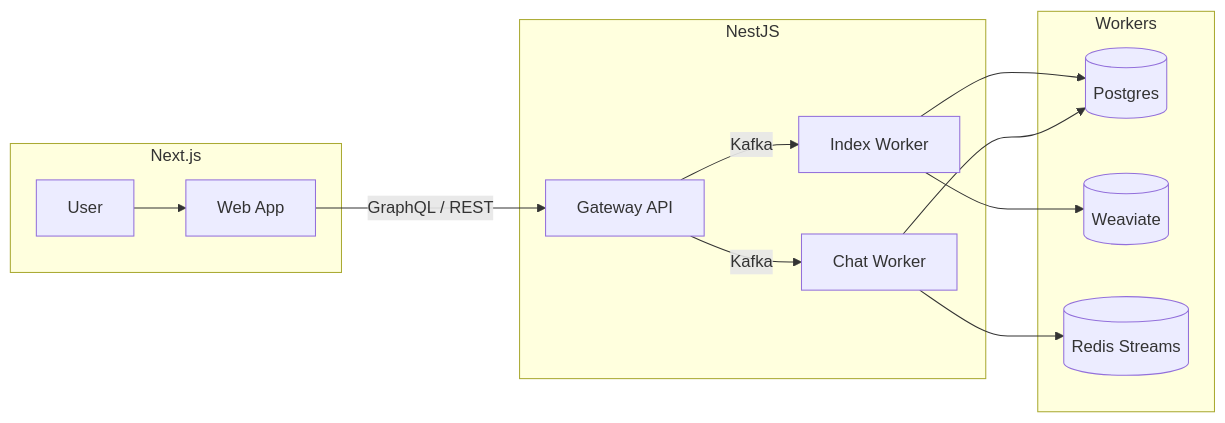
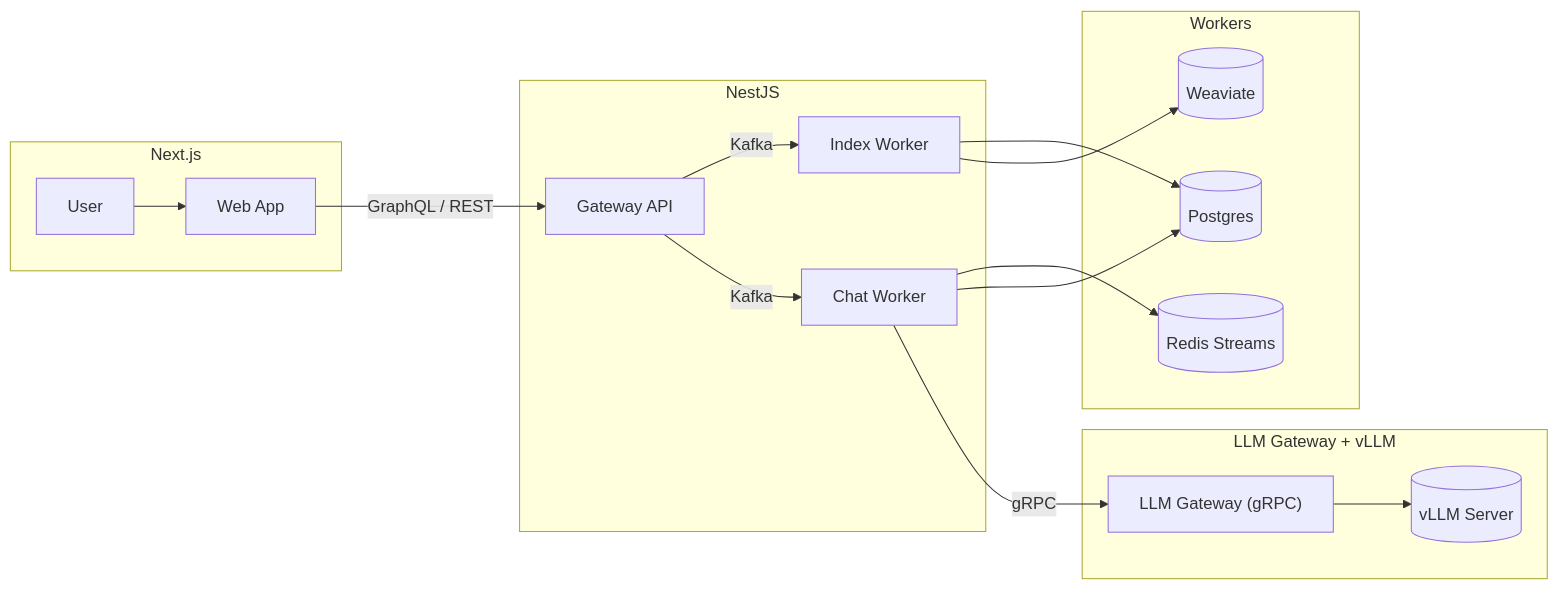
One commit to yungtweek/tweek.ninja-talkie changed the first of 3 diagrams in README.md. Above: the diagram before and after it, drawn with Mermaid. The commit also changed other lines of this file and 1 other file, not shown here.

Commit message:
docs: refine LLM Gateway docs & update architecture

````diff
--- a/README.md
+++ b/README.md
@@ -11,19 +24,25 @@
 ```mermaid
-    graph LR
-      subgraph Web [Next.js]
-        U[User] --> FE[Web App]
-      end
-    
-      subgraph Gateway [NestJS]
-        FE -->|GraphQL / REST| GW[Gateway API]
-        GW -->|Kafka| WK1[Index Worker]
-        GW -->|Kafka| WK2[Chat Worker]
-      end
-    
-      subgraph Workers
-        WK1 --> PG[(Postgres)]
-        WK1 --> WV[(Weaviate)]
-        WK2 --> RD[(Redis Streams)]
-        WK2 --> PG
-      end
+graph LR
+  subgraph Web [Next.js]
+    U[User] --> FE[Web App]
+  end
+
+  subgraph Gateway [NestJS]
+    FE -->|GraphQL / REST| GW[Gateway API]
+    GW -->|Kafka| WK1[Index Worker]
+    GW -->|Kafka| WK2[Chat Worker]
+  end
+
+  subgraph Workers
+    WK1 --> PG[(Postgres)]
+    WK1 --> WV[(Weaviate)]
+    WK2 --> RD[(Redis Streams)]
+    WK2 --> PG
+  end
+
+  subgraph LLM [LLM Gateway + vLLM]
+    LLMGW["LLM Gateway (gRPC)"] --> VSRV[(vLLM Server)]
+  end
+
+  WK2 -->|gRPC| LLMGW
 ```
````
